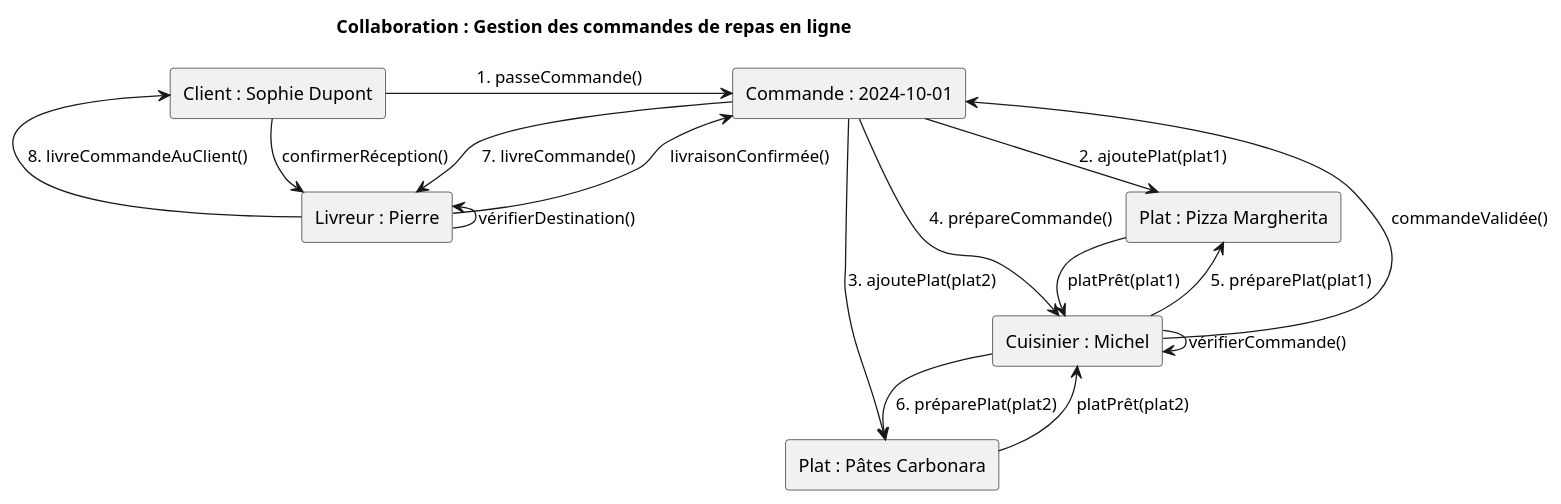
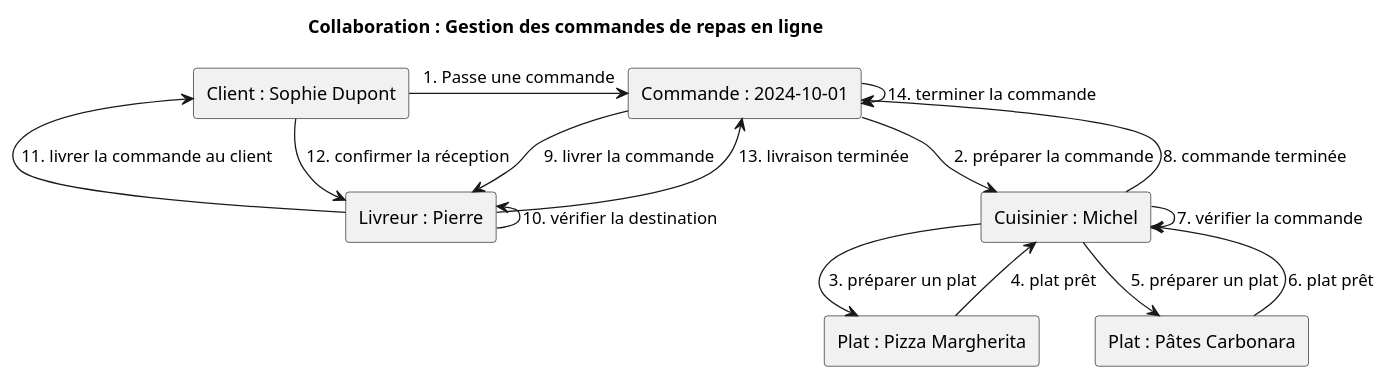
Before and after one commit to nicolasvauchenet/cours_methodologie_formateur: the diagram in Semaine 1 - UML/Cours/Sources UML/06b - example.puml, drawn with PlantUML. The commit also changed 2 other files, not shown here.

```diff
--- a/Semaine 1 - UML/Cours/Sources UML/06b - example.puml
+++ b/Semaine 1 - UML/Cours/Sources UML/06b - example.puml
@@ -1,33 +1,35 @@
 @startuml
 !pragma layout smetana
 skinparam linestyle ortho
 
 title Collaboration : Gestion des commandes de repas en ligne
 
 rectangle "Client : Sophie Dupont" as client1
 rectangle "Commande : 2024-10-01" as commande1
 rectangle "Plat : Pizza Margherita" as plat1
 rectangle "Plat : Pâtes Carbonara" as plat2
 rectangle "Cuisinier : Michel" as cuisinier1
 rectangle "Livreur : Pierre" as livreur1
 
-client1 -right-> commande1 : 1. passeCommande()
-commande1 -down-> plat1 : 2. ajoutePlat(plat1)
-commande1 -down-> plat2 : 3. ajoutePlat(plat2)
-commande1 -right-> cuisinier1 : 4. prépareCommande()
+client1 -right-> commande1 : 1. Passe une commande
+commande1 -right-> cuisinier1 : 2. préparer la commande
 
-cuisinier1 -down-> cuisinier1 : vérifierCommande()
-cuisinier1 --> commande1 : commandeValidée()
+cuisinier1 -down-> plat1 : 3. préparer un plat
+plat1 --> cuisinier1 : 4. plat prêt
+cuisinier1 -down-> plat2 : 5. préparer un plat
+plat2 --> cuisinier1 : 6. plat prêt
 
-cuisinier1 -down-> plat1 : 5. préparePlat(plat1)
-plat1 --> cuisinier1 : platPrêt(plat1)
-cuisinier1 -down-> plat2 : 6. préparePlat(plat2)
-plat2 --> cuisinier1 : platPrêt(plat2)
+cuisinier1 -down-> cuisinier1 : 7. vérifier la commande
+cuisinier1 --> commande1 : 8. commande terminée
 
-commande1 -right-> livreur1 : 7. livreCommande()
-livreur1 -up-> livreur1 : vérifierDestination()
-livreur1 --> commande1 : livraisonConfirmée()
+commande1 -right-> livreur1 : 9. livrer la commande
 
-livreur1 -up-> client1 : 8. livreCommandeAuClient()
-client1 --> livreur1 : confirmerRéception()
+livreur1 -up-> livreur1 : 10. vérifier la destination
+livreur1 -up-> client1 : 11. livrer la commande au client
+
+client1 --> livreur1 : 12. confirmer la réception
+
+livreur1 --> commande1 : 13. livraison terminée
+
+commande1 --> commande1 : 14. terminer la commande
 @enduml
```
